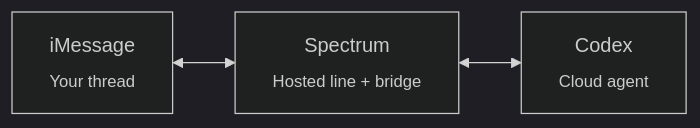
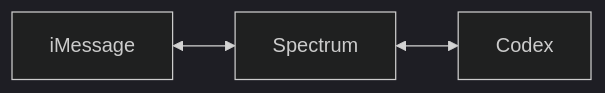
Before and after one commit to photon-hq/codex: the diagram in README.md, drawn with Mermaid (dark theme).

Commit message:
README: move flow diagram below steps, simplify node labels

````diff
--- a/README.md
+++ b/README.md
@@ -5,4 +11,4 @@
 ```mermaid
 flowchart LR
-    A["iMessage<br/><sub>Your thread</sub>"] <--> B["Spectrum<br/><sub>Hosted line + bridge</sub>"] <--> C["Codex<br/><sub>Cloud agent</sub>"]
+    A["iMessage"] <--> B["Spectrum"] <--> C["Codex"]
 ```
````
